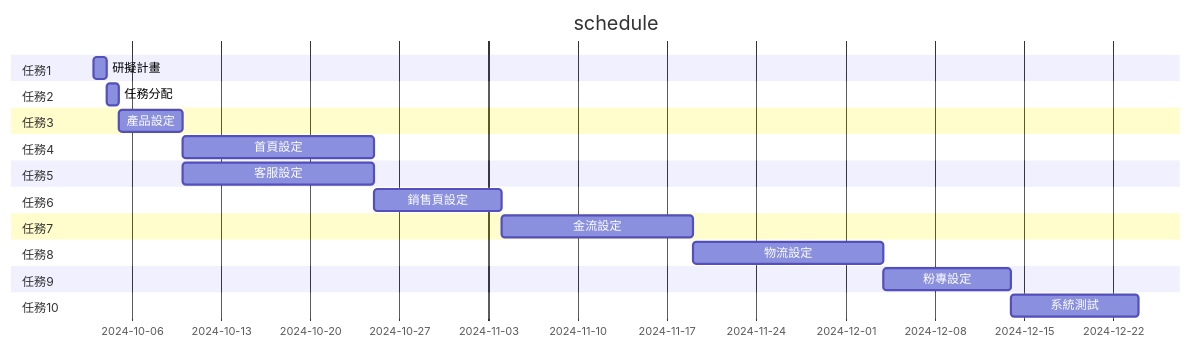
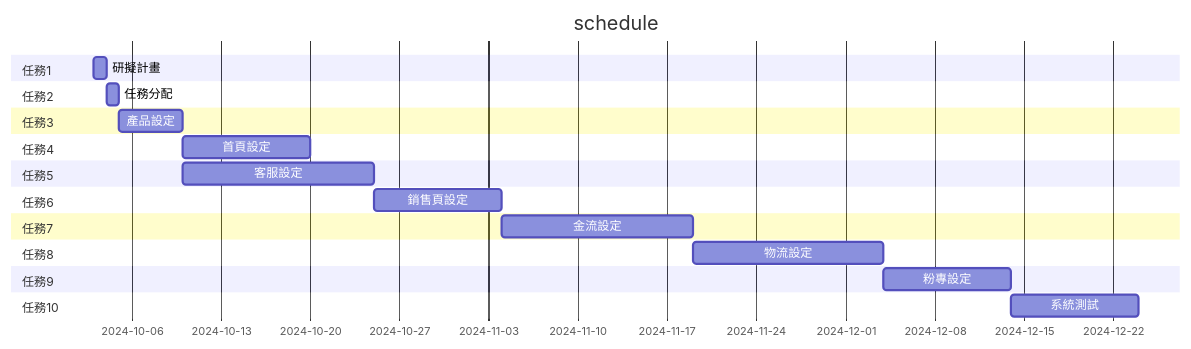
The first of 3 diagrams in README.md (SayoruFps/E-commerce_MiDo-Bakery), drawn with Mermaid before and after one commit. The commit also changed other lines of this file, not shown here.

````diff
--- a/README.md
+++ b/README.md
@@ -7,35 +7,35 @@
 ```mermaid
 gantt
     title schedule
 
     section 任務1
     研擬計畫:        a1, 2024-10-03, 1d
 
     section 任務2
     任務分配:        a2, after a1, 1d
 
     section 任務3
     產品設定:        a3, after a2, 5d
 
     section 任務4
-    首頁設定:        a4, after a3, 15d
+    首頁設定:        a4, after a3, 10d
 
     section 任務5
     客服設定:        a5, after a3, 15d
 
     section 任務6
     銷售頁設定:      a6, after a5, 10d
 
     section 任務7
     金流設定:        a7, after a6, 15d
 
     section 任務8
     物流設定:        a8, after a7, 15d
 
     section 任務9
     粉專設定:        a9, after a8, 10d
 
     section 任務10
     系統測試:       a10, after a9, 10d
 
 ```
````
